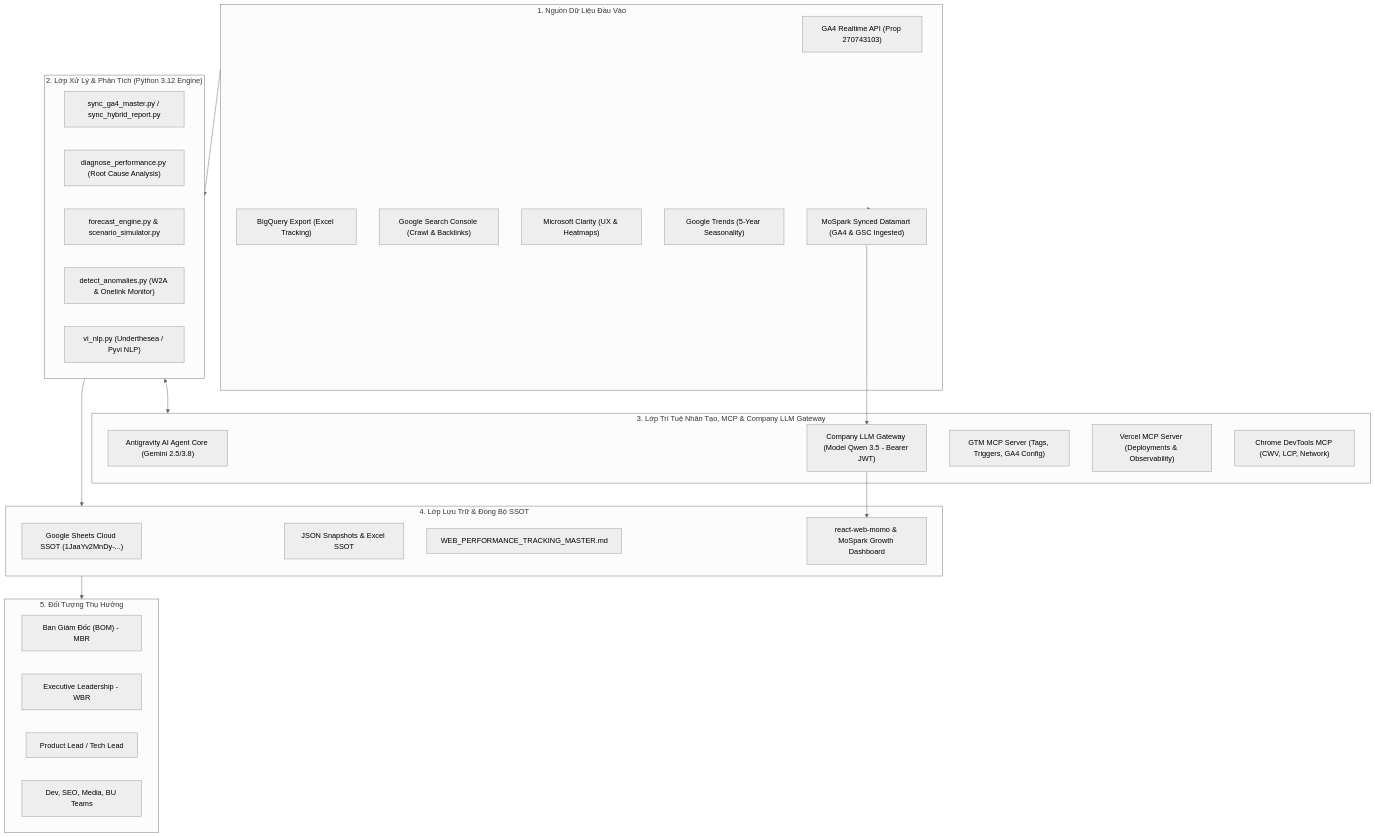
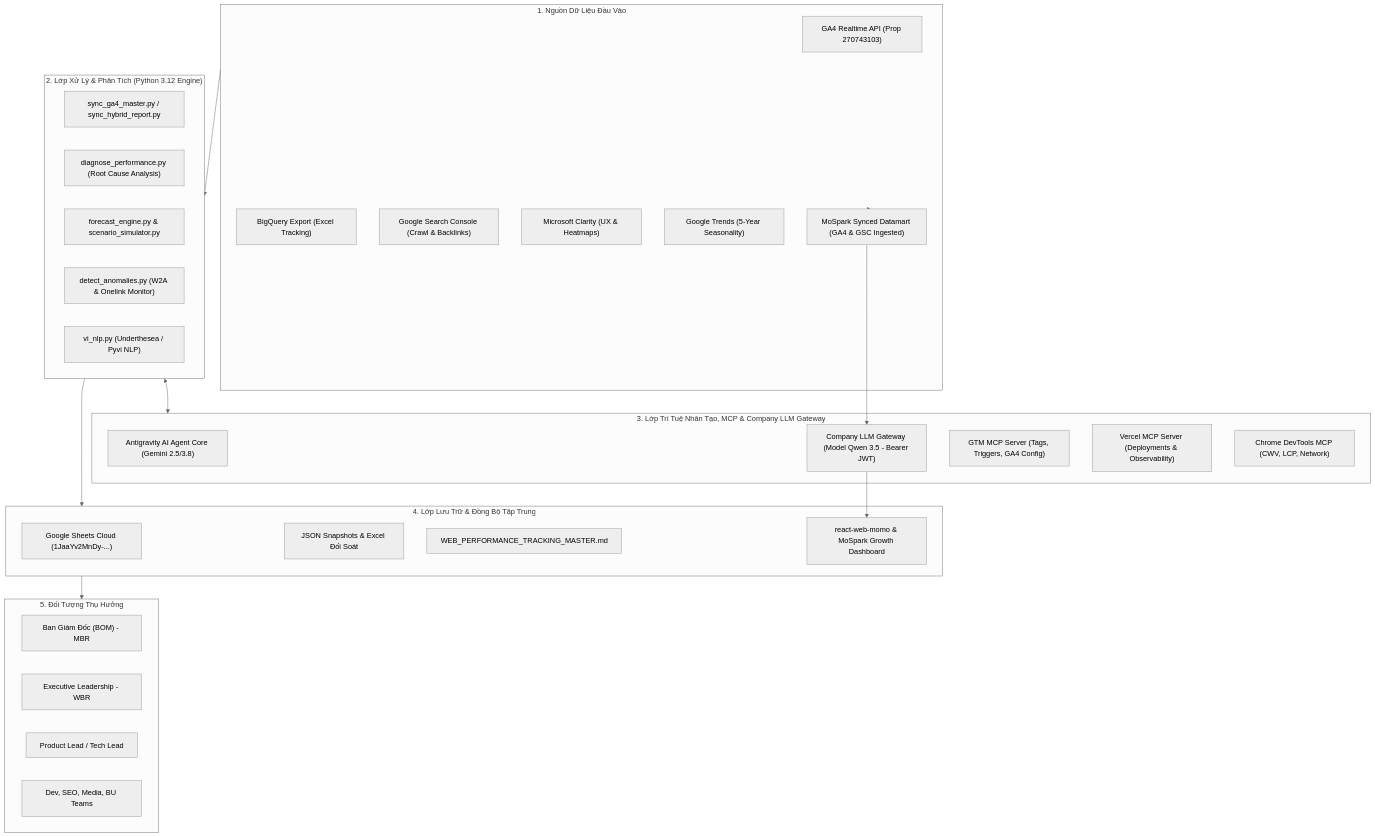
Before and after one commit to vanhien26/hienho-knowledgebase: the diagram in 07_REPORTS/docs/monthly-reporting-tool-architecture.md, drawn with Mermaid (neutral theme). The commit also changed other lines of this file and 41 other files, not shown here.

````diff
--- a/07_REPORTS/docs/monthly-reporting-tool-architecture.md
+++ b/07_REPORTS/docs/monthly-reporting-tool-architecture.md
@@ -10,49 +10,49 @@
 ```mermaid
 flowchart TD
     subgraph Data_Sources ["1. Nguồn Dữ Liệu Đầu Vào"]
         GA4["GA4 Realtime API (Prop 270743103)"]
         BQ["BigQuery Export (Excel Tracking)"]
         GSC["Google Search Console (Crawl & Backlinks)"]
         Clarity["Microsoft Clarity (UX & Heatmaps)"]
         Trends["Google Trends (5-Year Seasonality)"]
         MoSpark_Data["MoSpark Synced Datamart (GA4 & GSC Ingested)"]
     end
 
     subgraph Core_Engine ["2. Lớp Xử Lý & Phân Tích (Python 3.12 Engine)"]
         SyncMaster["sync_ga4_master.py / sync_hybrid_report.py"]
         Diagnose["diagnose_performance.py (Root Cause Analysis)"]
         Forecast["forecast_engine.py & scenario_simulator.py"]
         Anomaly["detect_anomalies.py (W2A & Onelink Monitor)"]
         NLP["vi_nlp.py (Underthesea / Pyvi NLP)"]
     end
 
     subgraph Agent_MCP ["3. Lớp Trí Tuệ Nhân Tạo, MCP & Company LLM Gateway"]
         Antigravity["Antigravity AI Agent Core (Gemini 2.5/3.8)"]
         QwenGateway["Company LLM Gateway (Model Qwen 3.5 - Bearer JWT)"]
         GTM_MCP["GTM MCP Server (Tags, Triggers, GA4 Config)"]
         Vercel_MCP["Vercel MCP Server (Deployments & Observability)"]
         DevTools_MCP["Chrome DevTools MCP (CWV, LCP, Network)"]
     end
 
-    subgraph Storage_SSOT ["4. Lớp Lưu Trữ & Đồng Bộ SSOT"]
-        GSheets["Google Sheets Cloud SSOT (1JaaYv2MnDy-...)"]
-        LocalSnapshots["JSON Snapshots & Excel SSOT"]
-        MarkdownSSOT["WEB_PERFORMANCE_TRACKING_MASTER.md"]
+    subgraph Storage_Layer ["4. Lớp Lưu Trữ & Đồng Bộ Tập Trung"]
+        GSheets["Google Sheets Cloud (1JaaYv2MnDy-...)"]
+        LocalSnapshots["JSON Snapshots & Excel Đối Soát"]
+        MarkdownMaster["WEB_PERFORMANCE_TRACKING_MASTER.md"]
         DashboardRepo["react-web-momo & MoSpark Growth Dashboard"]
     end
 
     subgraph Stakeholders ["5. Đối Tượng Thụ Hưởng"]
         Board["Ban Giám Đốc (BOM) - MBR"]
         Exec["Executive Leadership - WBR"]
         Product["Product Lead / Tech Lead"]
         Squads["Dev, SEO, Media, BU Teams"]
     end
 
     Data_Sources --> Core_Engine
     Data_Sources -.-> MoSpark_Data
     MoSpark_Data --> QwenGateway
     Core_Engine <--> Agent_MCP
     QwenGateway --> DashboardRepo
-    Core_Engine --> Storage_SSOT
-    Storage_SSOT --> Stakeholders
+    Core_Engine --> Storage_Layer
+    Storage_Layer --> Stakeholders
 ```
````
